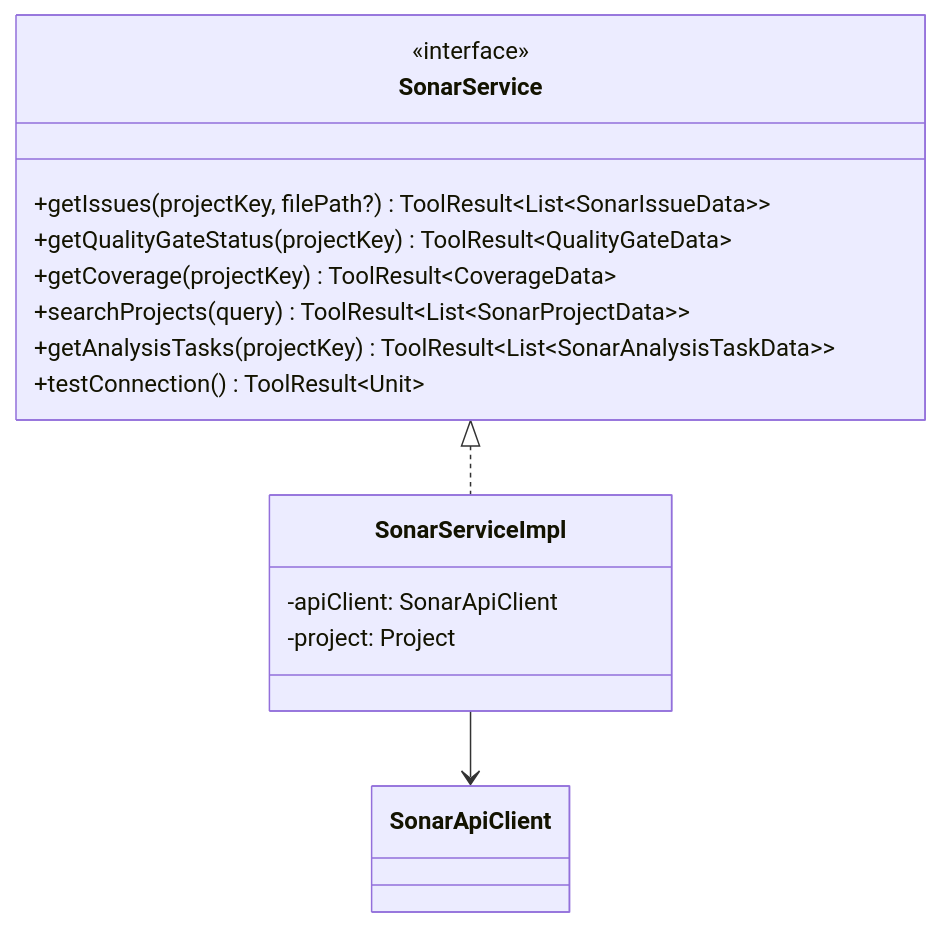
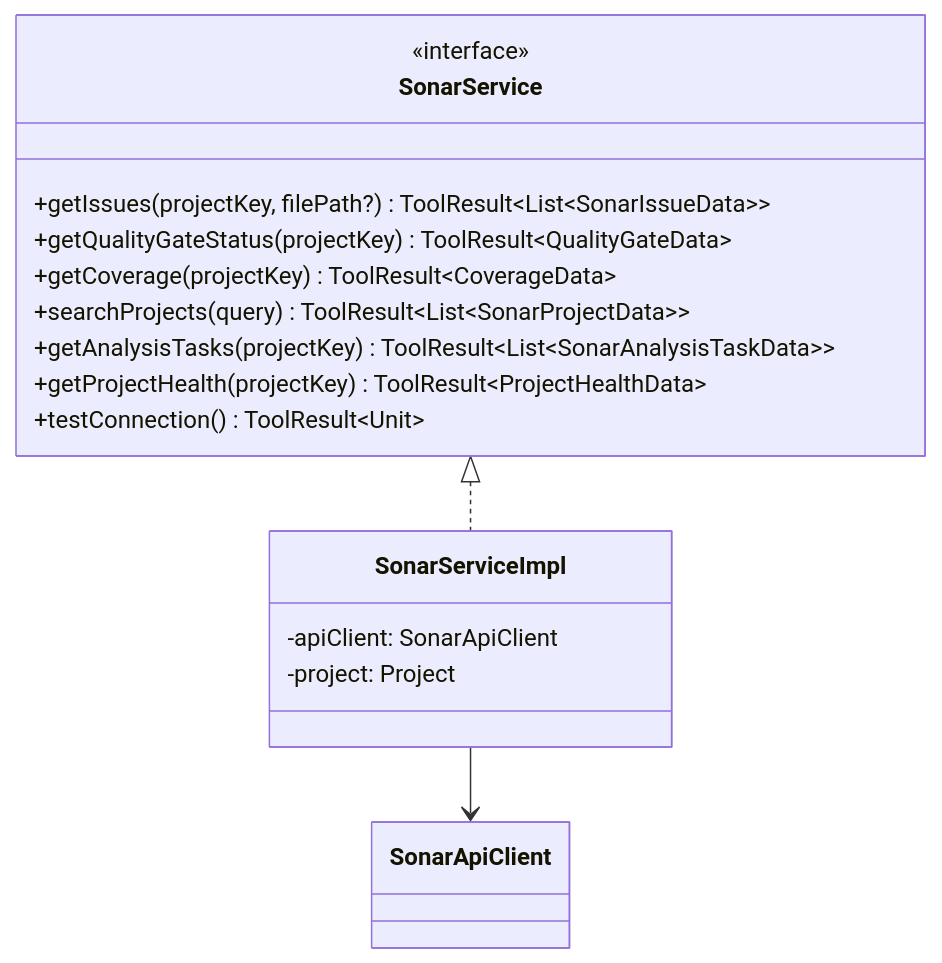
Before and after one commit to thenerdygeek/intellij-workflow-orchestrator: the fifth of 6 diagrams in docs/architecture/service-layer.md, drawn with Mermaid. The commit also changed other lines of this file and 7 other files, not shown here.

Commit message:
docs: update architecture documentation for Phase 3 agentic AI — agent module, events, APIs, threading, UI

````diff
--- a/docs/architecture/service-layer.md
+++ b/docs/architecture/service-layer.md
@@ -184,20 +184,21 @@
 ```mermaid
 classDiagram
     class SonarService {
         <<interface>>
         +getIssues(projectKey, filePath?) ToolResult~List~SonarIssueData~~
         +getQualityGateStatus(projectKey) ToolResult~QualityGateData~
         +getCoverage(projectKey) ToolResult~CoverageData~
         +searchProjects(query) ToolResult~List~SonarProjectData~~
         +getAnalysisTasks(projectKey) ToolResult~List~SonarAnalysisTaskData~~
+        +getProjectHealth(projectKey) ToolResult~ProjectHealthData~
         +testConnection() ToolResult~Unit~
     }
 
     class SonarServiceImpl {
         -apiClient: SonarApiClient
         -project: Project
     }
 
     SonarService <|.. SonarServiceImpl
     SonarServiceImpl --> SonarApiClient
 ```
````
